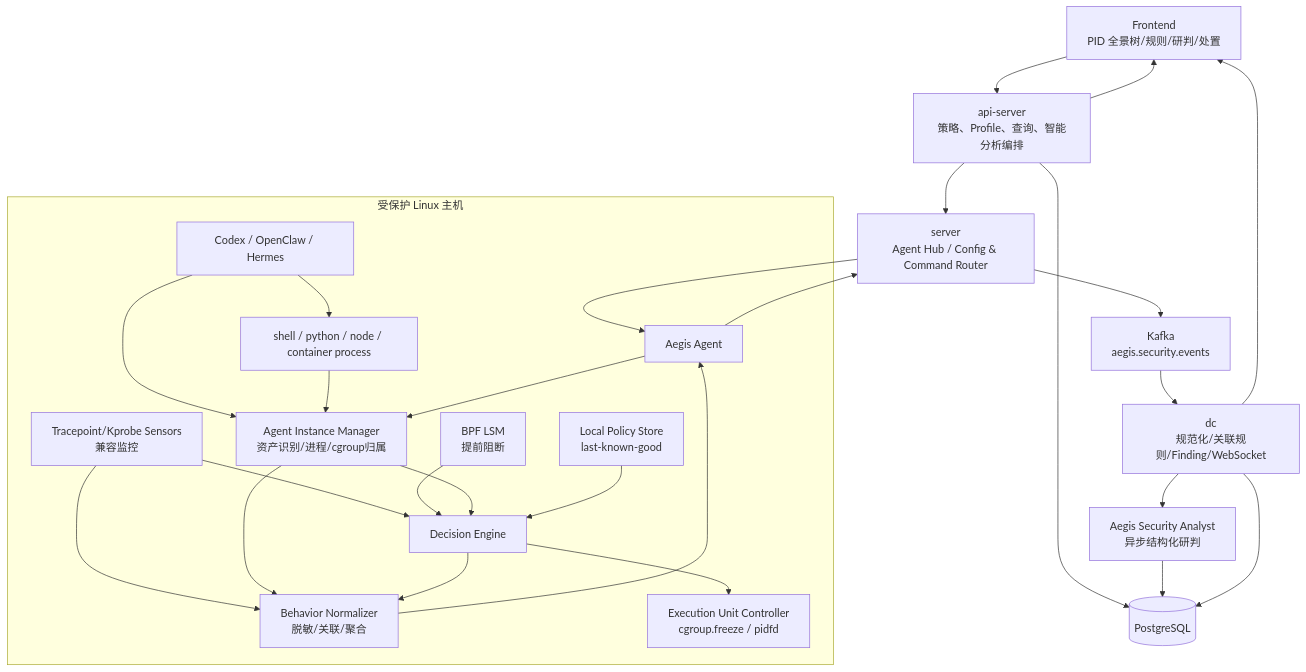
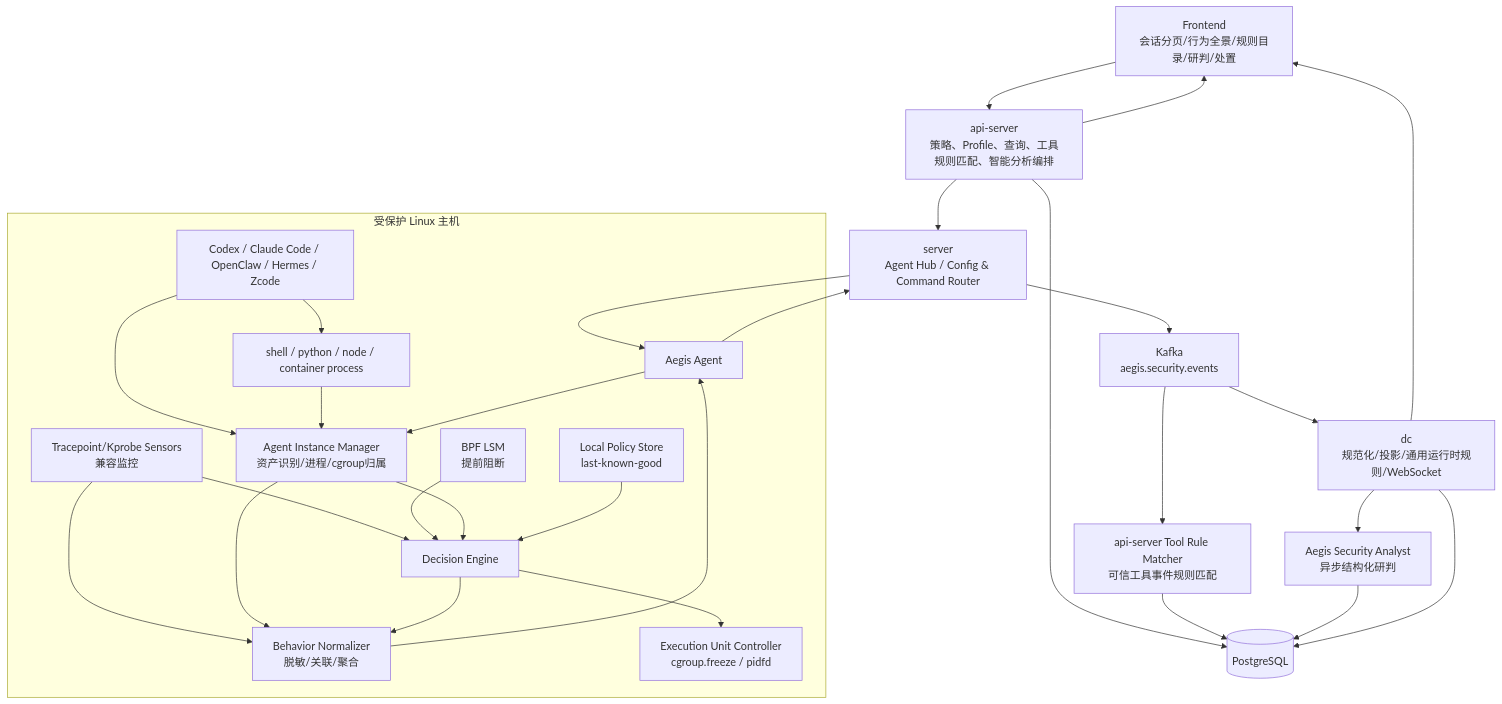
Before and after one commit to alex-chenc/aegis: the first of 4 diagrams in docs/aegis_system_design_v6.2/overall_architecture_design_v6.2.md, drawn with Mermaid. The commit also changed other lines of this file and 138 other files, not shown here.

````diff
--- a/docs/aegis_system_design_v6.2/overall_architecture_design_v6.2.md
+++ b/docs/aegis_system_design_v6.2/overall_architecture_design_v6.2.md
@@ -190,50 +195,53 @@
 ```mermaid
 flowchart TB
-  FE["Frontend<br/>PID 全景树/规则/研判/处置"]
-  API["api-server<br/>策略、Profile、查询、智能分析编排"]
+  FE["Frontend<br/>会话分页/行为全景/规则目录/研判/处置"]
+  API["api-server<br/>策略、Profile、查询、工具规则匹配、智能分析编排"]
   DB[("PostgreSQL")]
   SRV["server<br/>Agent Hub / Config & Command Router"]
   K["Kafka<br/>aegis.security.events"]
-  DC["dc<br/>规范化/关联规则/Finding/WebSocket"]
+  DC["dc<br/>规范化/投影/通用运行时规则/WebSocket"]
+  TMR["api-server Tool Rule Matcher<br/>可信工具事件规则匹配"]
   ANA["Aegis Security Analyst<br/>异步结构化研判"]
 
   subgraph Host["受保护 Linux 主机"]
     AG["Aegis Agent"]
     DISC["Agent Instance Manager<br/>资产识别/进程/cgroup归属"]
     NORM["Behavior Normalizer<br/>脱敏/关联/聚合"]
     POL["Local Policy Store<br/>last-known-good"]
     DEC["Decision Engine"]
     BPFM["Tracepoint/Kprobe Sensors<br/>兼容监控"]
     BPFL["BPF LSM<br/>提前阻断"]
     FREEZE["Execution Unit Controller<br/>cgroup.freeze / pidfd"]
-    TARGET["Codex / OpenClaw / Hermes"]
+    TARGET["Codex / Claude Code / OpenClaw / Hermes / Zcode"]
     WORKER["shell / python / node / container process"]
 
     TARGET --> WORKER
     TARGET --> DISC
     WORKER --> DISC
     BPFM --> NORM
     BPFM --> DEC
     BPFL --> DEC
     DISC --> DEC
     DISC --> NORM
     POL --> DEC
     DEC --> FREEZE
     DEC --> NORM
     NORM --> AG
     AG --> DISC
   end
 
   FE --> API
   API --> DB
   API --> SRV
   SRV --> AG
   AG --> SRV
   SRV --> K
   K --> DC
+  K --> TMR
+  TMR --> DB
   DC --> ANA
   ANA --> DB
   DC --> DB
   DC --> FE
   API --> FE
 ```
````
